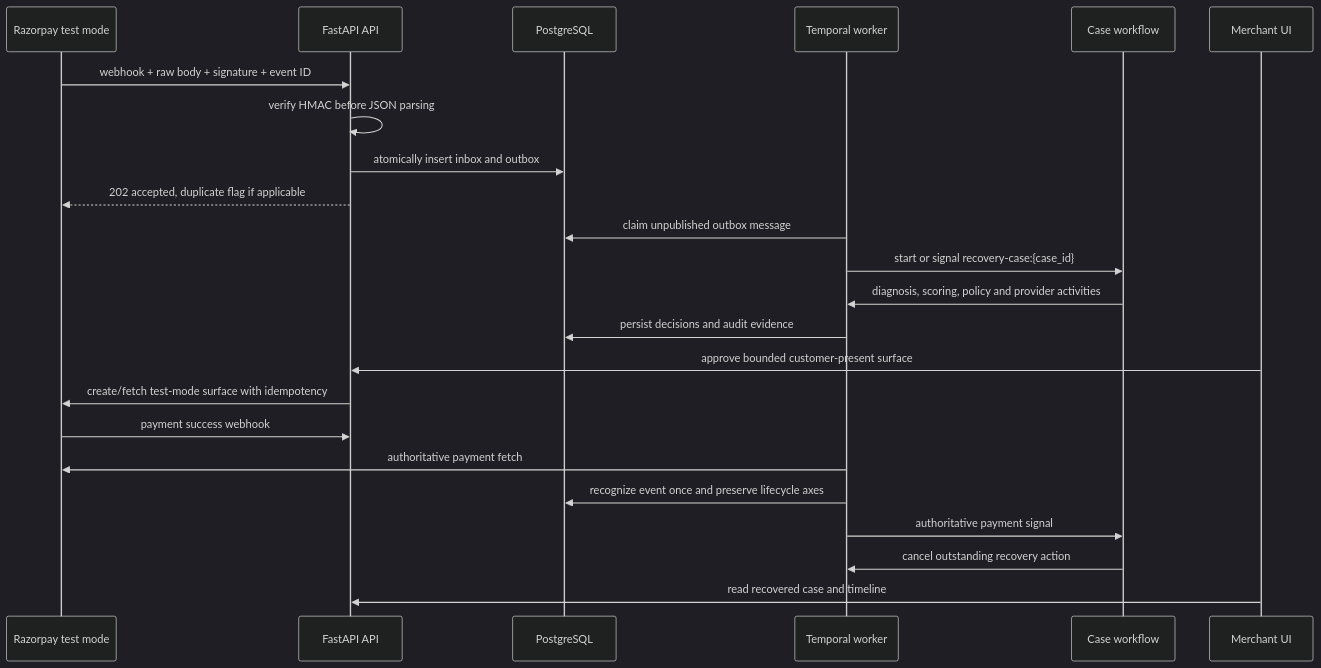
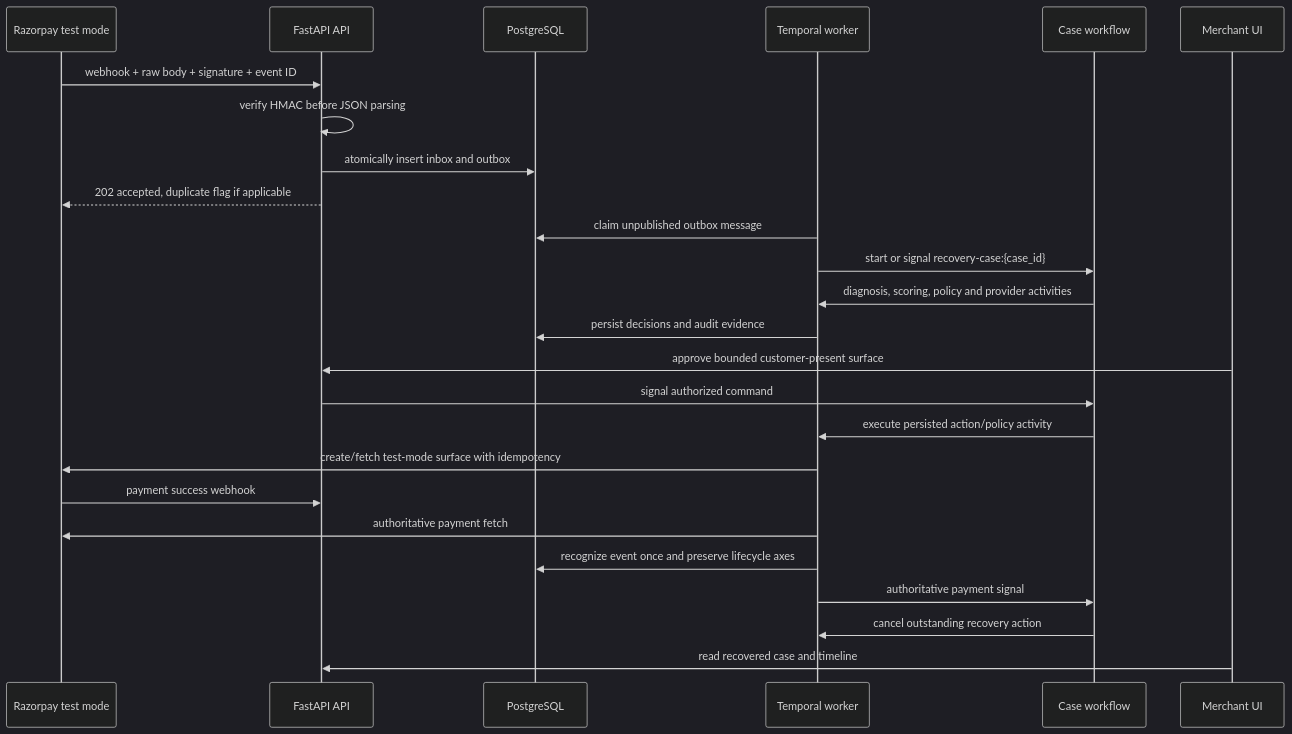
One commit to r9jdp/RecoveryOS changed the first of 3 diagrams in docs/architecture/data-flows.md. Above: the diagram before and after it, drawn with Mermaid (dark theme). The commit also changed other lines of this file and 9 other files, not shown here.

````diff
--- a/docs/architecture/data-flows.md
+++ b/docs/architecture/data-flows.md
@@ -5,26 +5,28 @@
 ```mermaid
 sequenceDiagram
     participant R as Razorpay test mode
     participant A as FastAPI API
     participant D as PostgreSQL
     participant W as Temporal worker
     participant T as Case workflow
     participant U as Merchant UI
 
     R->>A: webhook + raw body + signature + event ID
     A->>A: verify HMAC before JSON parsing
     A->>D: atomically insert inbox and outbox
     A-->>R: 202 accepted, duplicate flag if applicable
     W->>D: claim unpublished outbox message
     W->>T: start or signal recovery-case:{case_id}
     T->>W: diagnosis, scoring, policy and provider activities
     W->>D: persist decisions and audit evidence
     U->>A: approve bounded customer-present surface
-    A->>R: create/fetch test-mode surface with idempotency
+    A->>T: signal authorized command
+    T->>W: execute persisted action/policy activity
+    W->>R: create/fetch test-mode surface with idempotency
     R->>A: payment success webhook
     W->>R: authoritative payment fetch
     W->>D: recognize event once and preserve lifecycle axes
     W->>T: authoritative payment signal
     T->>W: cancel outstanding recovery action
     U->>A: read recovered case and timeline
 ```
````
